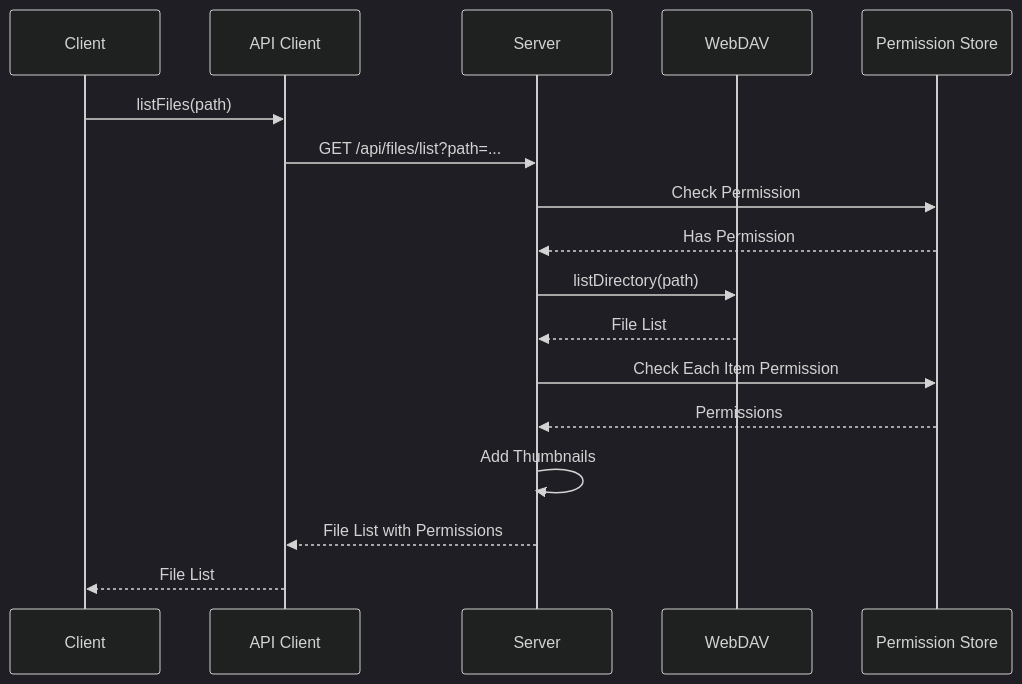
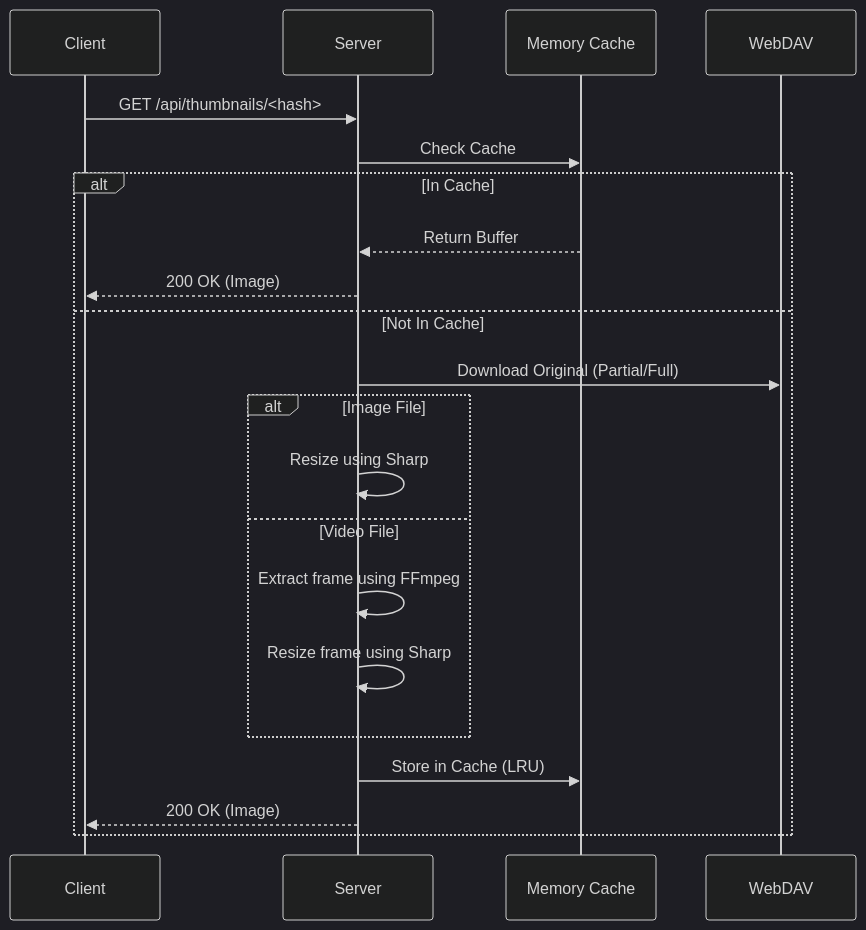
One commit to rct3232/webdav-easyaccess changed the second of 2 diagrams in docs/ARCHITECTURE.md. Above: the diagram before and after it, drawn with Mermaid (dark theme). The commit also changed other lines of this file and 4 other files, not shown here.

````diff
--- a/docs/ARCHITECTURE.md
+++ b/docs/ARCHITECTURE.md
@@ -210,20 +96,24 @@
 ```mermaid
 sequenceDiagram
     participant C as Client
-    participant API as API Client
     participant S as Server
+    participant Cache as Memory Cache
     participant W as WebDAV
-    participant P as Permission Store
-
-    C->>API: listFiles(path)
-    API->>S: GET /api/files/list?path=...
-    S->>P: Check Permission
-    P-->>S: Has Permission
-    S->>W: listDirectory(path)
-    W-->>S: File List
-    S->>P: Check Each Item Permission
-    P-->>S: Permissions
-    S->>S: Add Thumbnails
-    S-->>API: File List with Permissions
-    API-->>C: File List
+    
+    C->>S: GET /api/thumbnails/<hash>
+    S->>Cache: Check Cache
+    alt In Cache
+        Cache-->>S: Return Buffer
+        S-->>C: 200 OK (Image)
+    else Not In Cache
+        S->>W: Download Original (Partial/Full)
+        alt Image File
+            S->>S: Resize using Sharp
+        else Video File
+            S->>S: Extract frame using FFmpeg
+            S->>S: Resize frame using Sharp
+        end
+        S->>Cache: Store in Cache (LRU)
+        S-->>C: 200 OK (Image)
+    end
 ```
````
